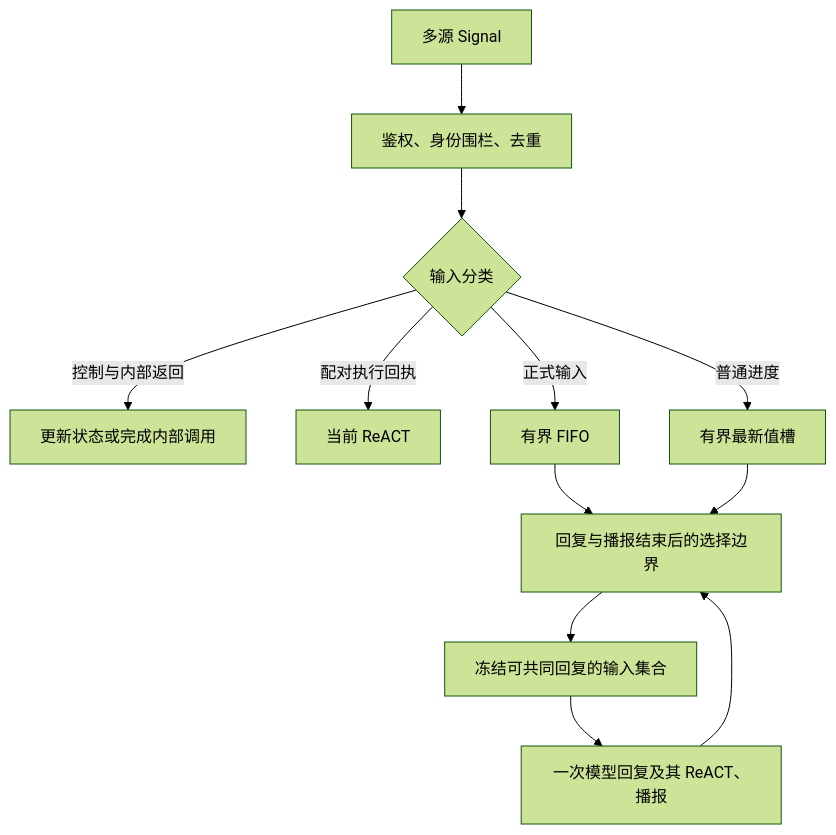
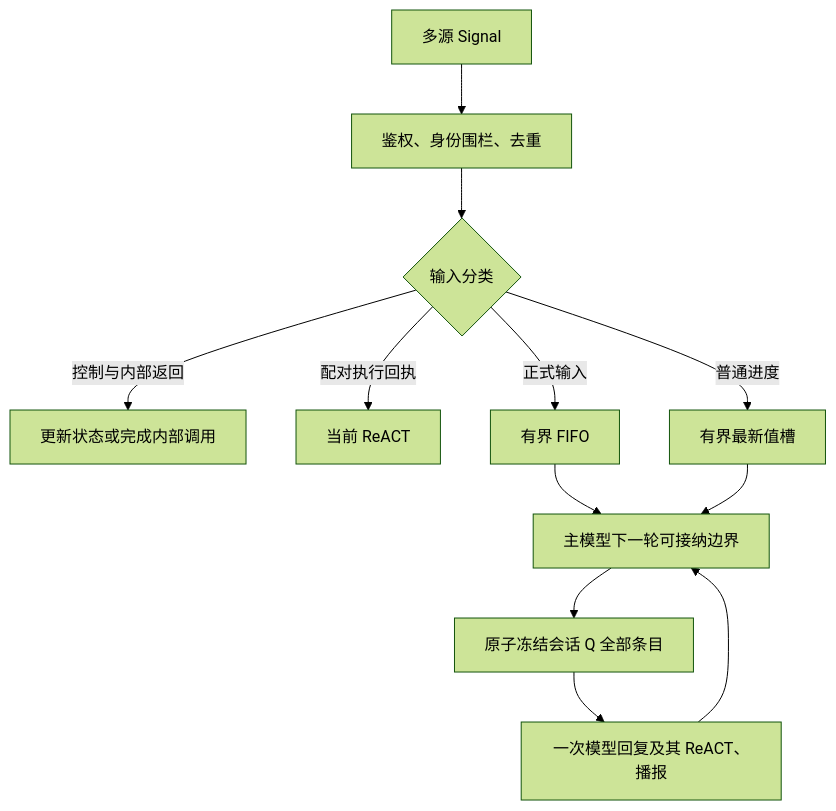
One commit to devilyouwei/MobileHarness changed the first of 2 diagrams in docs/requirements/Assistant-MultiSource-Input-Coordination.md. Above: the diagram before and after it, drawn with Mermaid (forest theme). The commit also changed other lines of this file and 119 other files, not shown here.

````diff
--- a/docs/requirements/Assistant-MultiSource-Input-Coordination.md
+++ b/docs/requirements/Assistant-MultiSource-Input-Coordination.md
@@ -39,14 +47,14 @@
 ```mermaid
 flowchart TD
     A[多源 Signal] --> B[鉴权、身份围栏、去重]
     B --> C{输入分类}
     C -->|控制与内部返回| D[更新状态或完成内部调用]
     C -->|配对执行回执| E[当前 ReACT]
     C -->|正式输入| F[有界 FIFO]
     C -->|普通进度| G[有界最新值槽]
-    F --> H[回复与播报结束后的选择边界]
+    F --> H[主模型下一轮可接纳边界]
     G --> H
-    H --> I[冻结可共同回复的输入集合]
+    H --> I[原子冻结会话 Q 全部条目]
     I --> J[一次模型回复及其 ReACT、播报]
     J --> H
 ```
````
